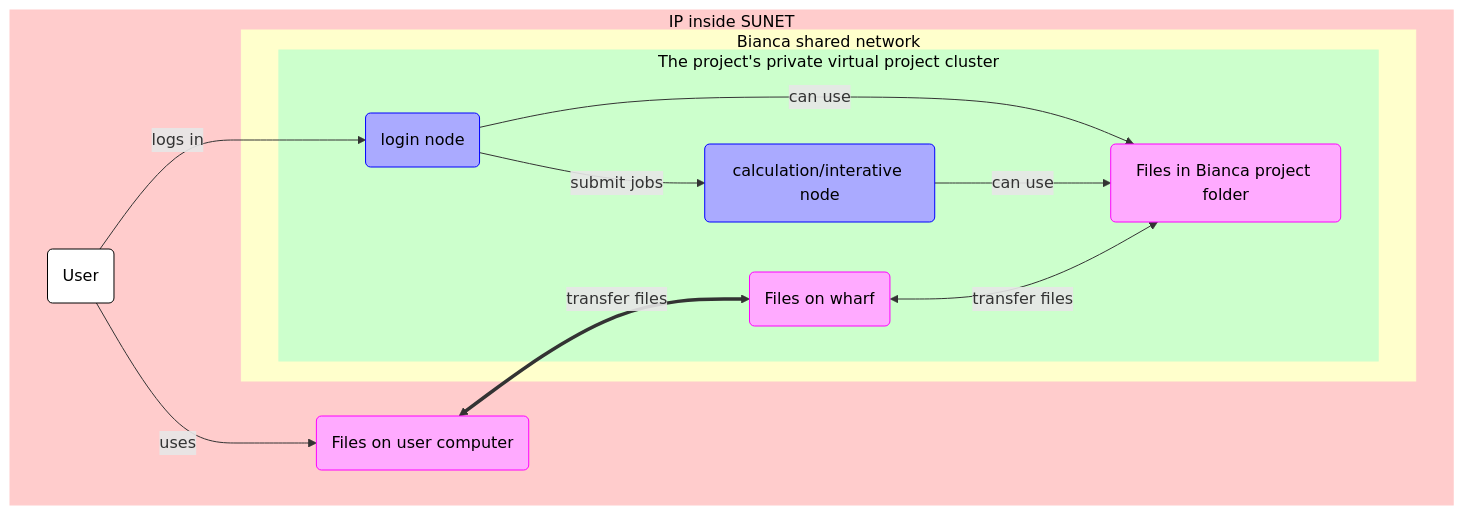
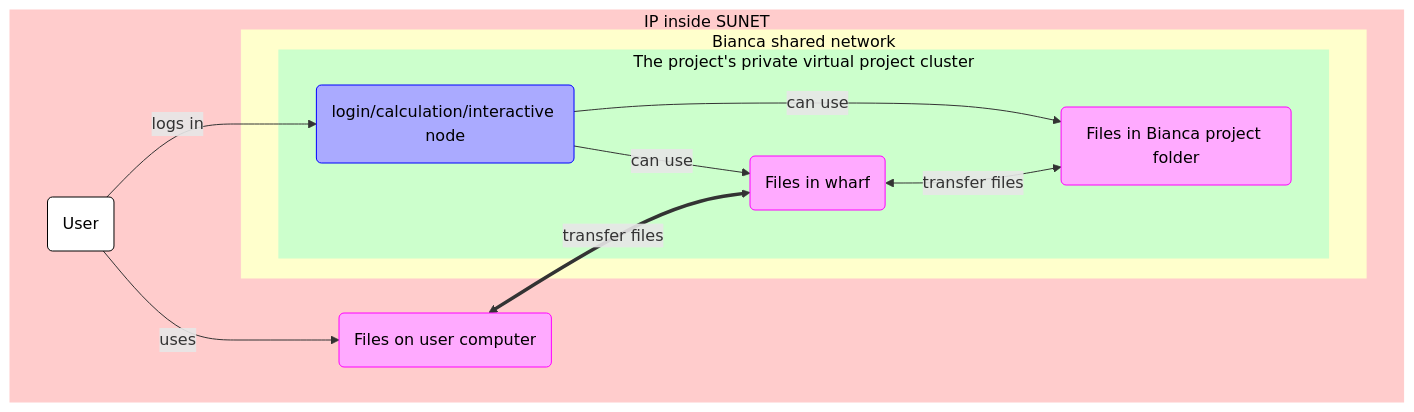
The first of 2 diagrams in docs/cluster_guides/bianca_file_transfer_using_gui.md (UPPMAX/UPPMAX-documentation), drawn with Mermaid before and after one commit. The commit also changed other lines of this file, not shown here.

````diff
--- a/docs/cluster_guides/bianca_file_transfer_using_gui.md
+++ b/docs/cluster_guides/bianca_file_transfer_using_gui.md
@@ -31,41 +31,39 @@
 ```mermaid
 flowchart TD
 
     %% Give a white background to all nodes, instead of a transparent one
     classDef node fill:#fff,color:#000,stroke:#000
 
     %% Graph nodes for files and calculations
     classDef file_node fill:#faf,color:#000,stroke:#f0f
     classDef calculation_node fill:#aaf,color:#000,stroke:#00f
 
     subgraph sub_inside[IP inside SUNET]
       subgraph sub_bianca_shared_env[Bianca shared network]
         subgraph sub_bianca_private_env[The project's private virtual project cluster]
-          login_node(login node):::calculation_node
-          files_on_wharf(Files on wharf):::file_node
-          calculation_node(calculation/interative node):::calculation_node
+          login_node(login/calculation/interactive node):::calculation_node
+          files_in_wharf(Files in wharf):::file_node
           files_in_bianca_project(Files in Bianca project folder):::file_node
         end
       end
       user(User)
       user_local_files(Files on user computer):::file_node
     end
 
     %% Shared subgraph color scheme
     %% style sub_outside fill:#ccc,color:#000,stroke:#ccc
     style sub_inside fill:#fcc,color:#000,stroke:#fcc
     style sub_bianca_shared_env fill:#ffc,color:#000,stroke:#ffc
     style sub_bianca_private_env fill:#cfc,color:#000,stroke:#cfc
 
     user --> |logs in |login_node
     user --> |uses| user_local_files
 
     %% As of 2023-12-22, using `**text**` for bold face, does not render correctly
-    %% user_local_files <== "`**transfer files**`" ==> files_on_wharf
-    user_local_files <== "transfer files" ==> files_on_wharf
+    %% user_local_files <== "`**transfer files**`" ==> files_in_wharf
+    user_local_files <== "transfer files" ==> files_in_wharf
 
-    login_node --> |submit jobs|calculation_node
     login_node --> |can use|files_in_bianca_project
-    calculation_node --> |can use|files_in_bianca_project
-    files_on_wharf <--> |transfer files| files_in_bianca_project
+    login_node --> |can use|files_in_wharf
+    files_in_wharf <--> |transfer files| files_in_bianca_project
 ```
````
